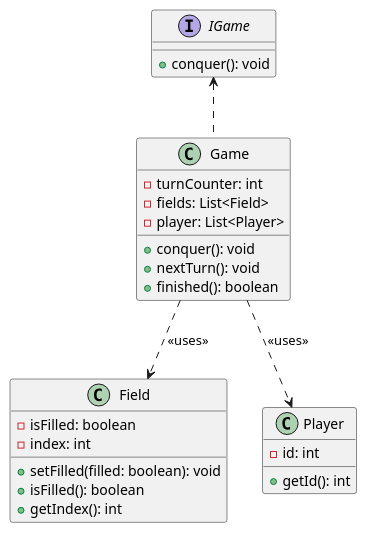
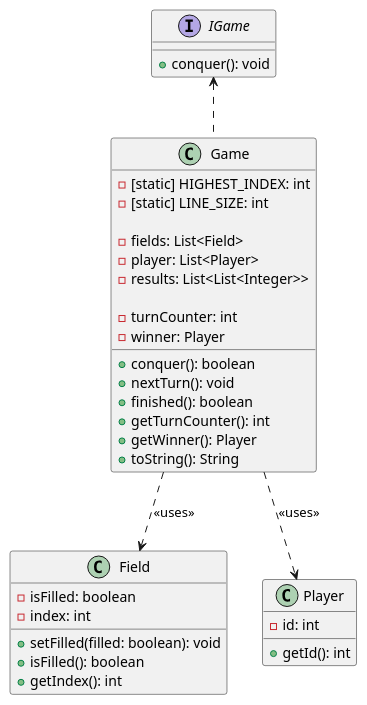
The diagram in doc/connections.puml (rnefzger/tictactoe), drawn with PlantUML before and after one commit.

Commit message:
Update class Game in connections.puml

```diff
--- a/doc/connections.puml
+++ b/doc/connections.puml
@@ -1,37 +1,46 @@
 @startuml
 
 class Field {
     -isFilled: boolean
     -index: int
 
     +setFilled(filled: boolean): void
     +isFilled(): boolean
     +getIndex(): int
 }
 
 class Game {
-    -turnCounter: int
+    -[static] HIGHEST_INDEX: int
+    -[static] LINE_SIZE: int
+
     -fields: List<Field>
     -player: List<Player>
+    -results: List<List<Integer>>
 
-    +conquer(): void
+    -turnCounter: int
+    -winner: Player
+
+    +conquer(): boolean
     +nextTurn(): void
     +finished(): boolean
+    +getTurnCounter(): int
+    +getWinner(): Player
+    +toString(): String
 }
 
 interface IGame {
     +conquer(): void
 }
 
 class Player {
     -id: int
 
     +getId(): int
 }
 
 Game .up.> IGame
 
 Game ..> Field : <<uses>>
 Game ..> Player : <<uses>>
 
 @enduml
```
